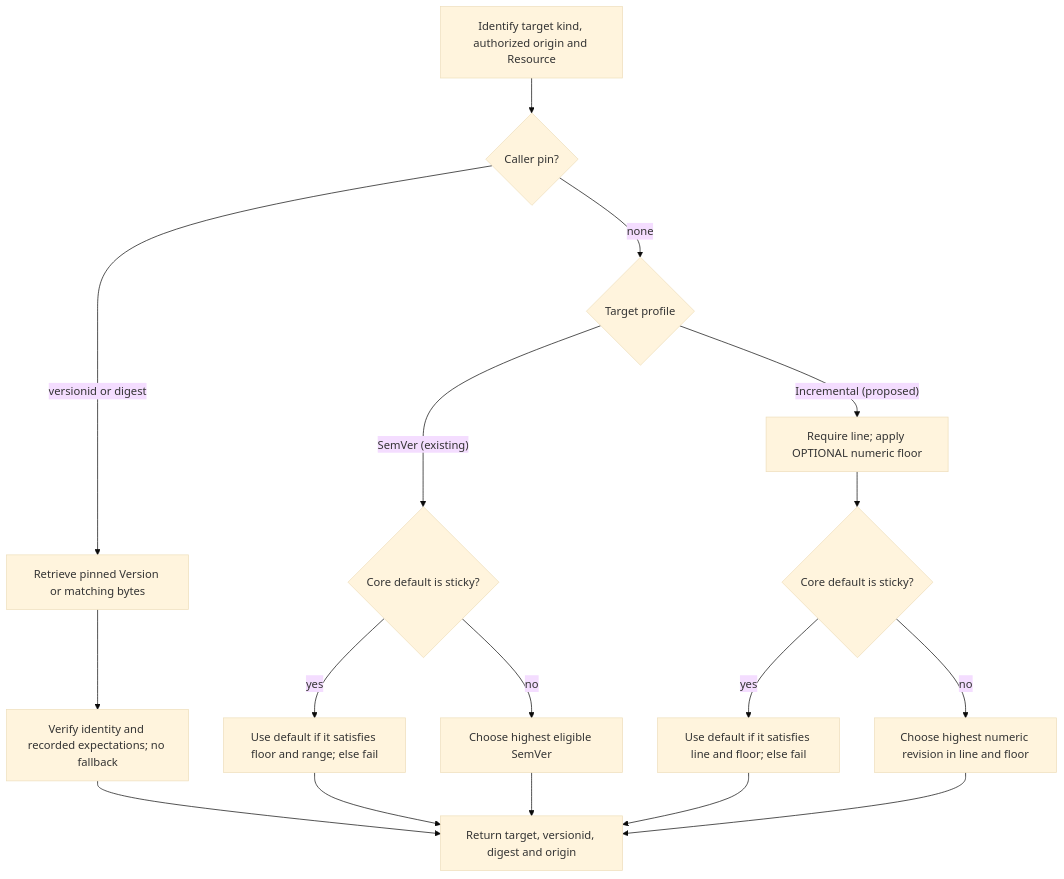
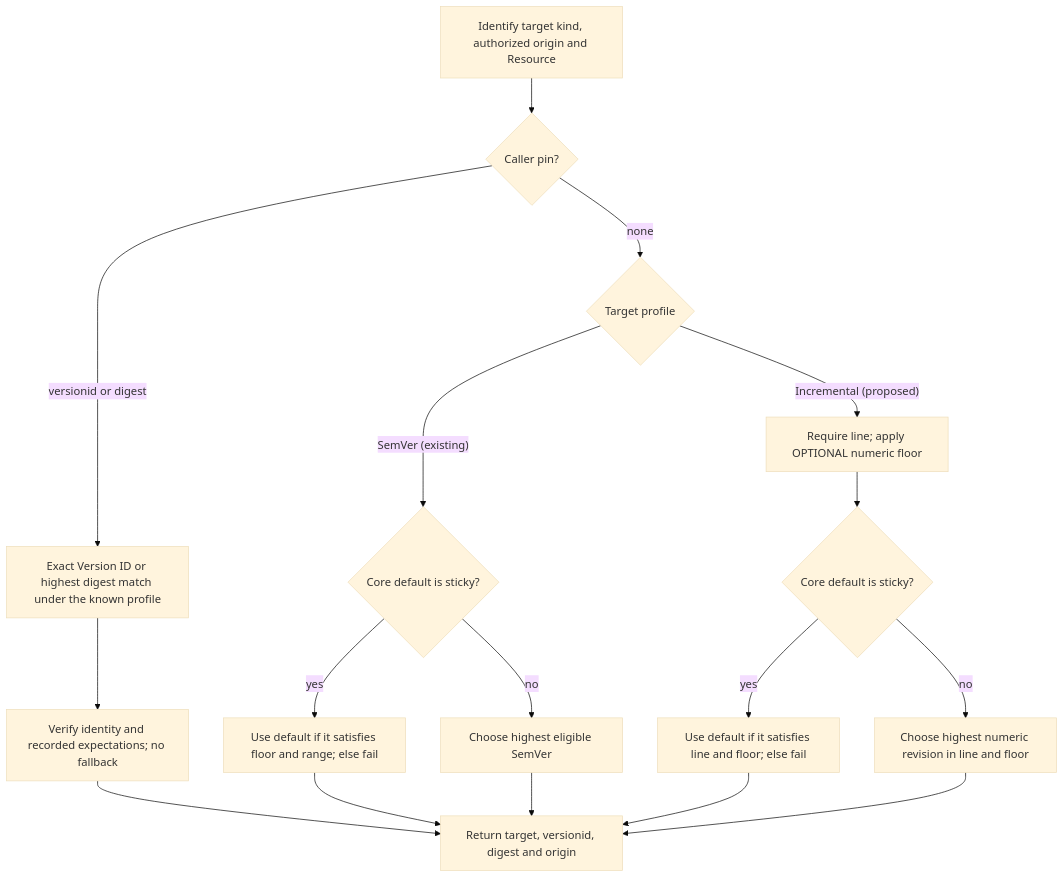
Before and after one commit to xregistry/spec: the second of 2 diagrams in workingdrafts/publication/design/design.md, drawn with Mermaid (base theme). The commit also changed other lines of this file and 24 other files, not shown here.

````diff
--- a/workingdrafts/publication/design/design.md
+++ b/workingdrafts/publication/design/design.md
@@ -916,19 +938,19 @@
 ```mermaid
 flowchart TD
     A["Identify target kind, authorized origin and Resource"] --> B{"Caller pin?"}
-    B -- "versionid or digest" --> P["Retrieve pinned Version or matching bytes"]
+    B -- "versionid or digest" --> P["Exact Version ID or highest digest match under the known profile"]
     P --> PV["Verify identity and recorded expectations; no fallback"]
     PV --> Z["Return target, versionid, digest and origin"]
     B -- "none" --> R{"Target profile"}
     R -- "SemVer (existing)" --> S{"Core default is sticky?"}
     S -- "yes" --> SX["Use default if it satisfies floor and range; else fail"]
     S -- "no" --> SH["Choose highest eligible SemVer"]
     R -- "Incremental (proposed)" --> I["Require line; apply OPTIONAL numeric floor"]
     I --> IS{"Core default is sticky?"}
     IS -- "yes" --> IX["Use default if it satisfies line and floor; else fail"]
     IS -- "no" --> IH["Choose highest numeric revision in line and floor"]
     SX --> Z
     SH --> Z
     IX --> Z
     IH --> Z
 ```
````
